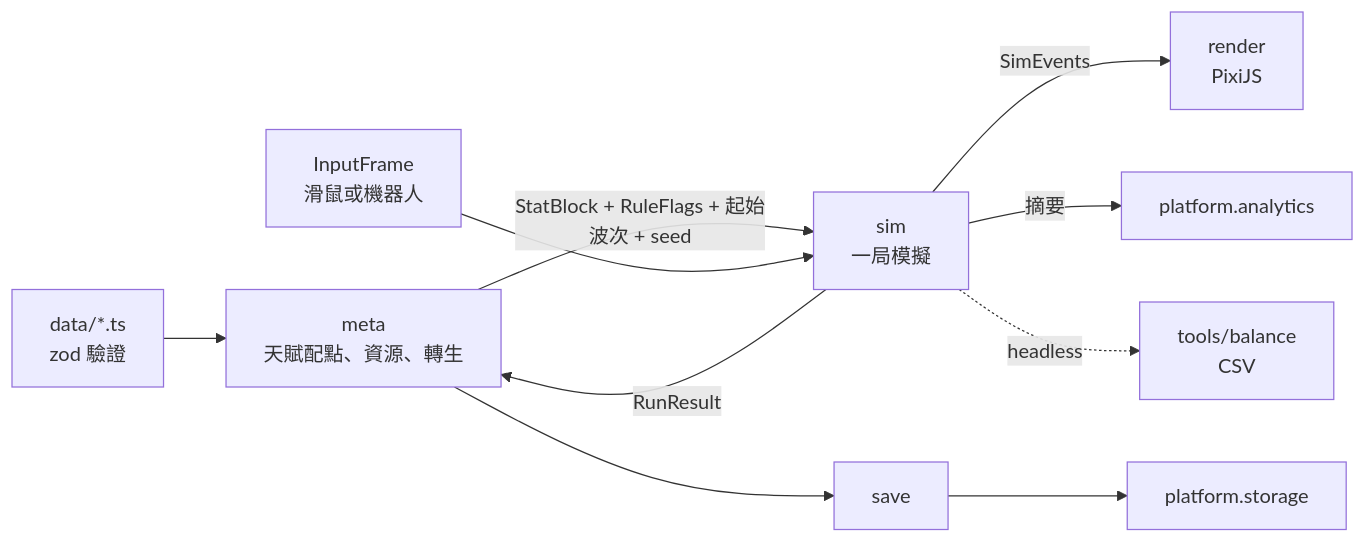
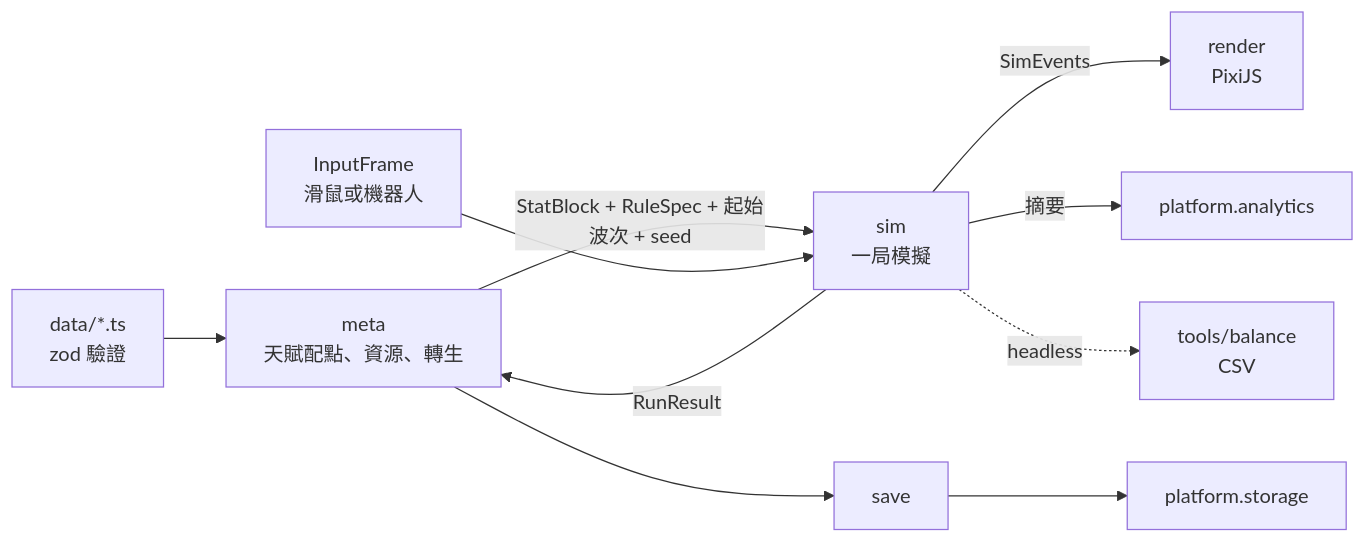
One commit to chriskid824/bc-incremental changed the diagram in docs/ARCHITECTURE.md. Above: the diagram before and after it, drawn with Mermaid. The commit also changed other lines of this file and 12 other files, not shown here.

First line of the commit message:
docs(architecture): document the C3 damage engine and add the CI bench check

````diff
--- a/docs/ARCHITECTURE.md
+++ b/docs/ARCHITECTURE.md
@@ -47,11 +47,11 @@
 ```mermaid
 flowchart LR
   D[data/*.ts<br/>zod 驗證] --> M[meta<br/>天賦配點、資源、轉生]
-  M -->|StatBlock + RuleFlags + 起始波次 + seed| S[sim<br/>一局模擬]
+  M -->|StatBlock + RuleSpec + 起始波次 + seed| S[sim<br/>一局模擬]
   I[InputFrame<br/>滑鼠或機器人] --> S
   S -->|SimEvents| R[render<br/>PixiJS]
   S -->|RunResult| M
   M --> SV[save] --> P[platform.storage]
   S -->|摘要| A[platform.analytics]
   S -.headless.-> B[tools/balance<br/>CSV]
 ```
````
